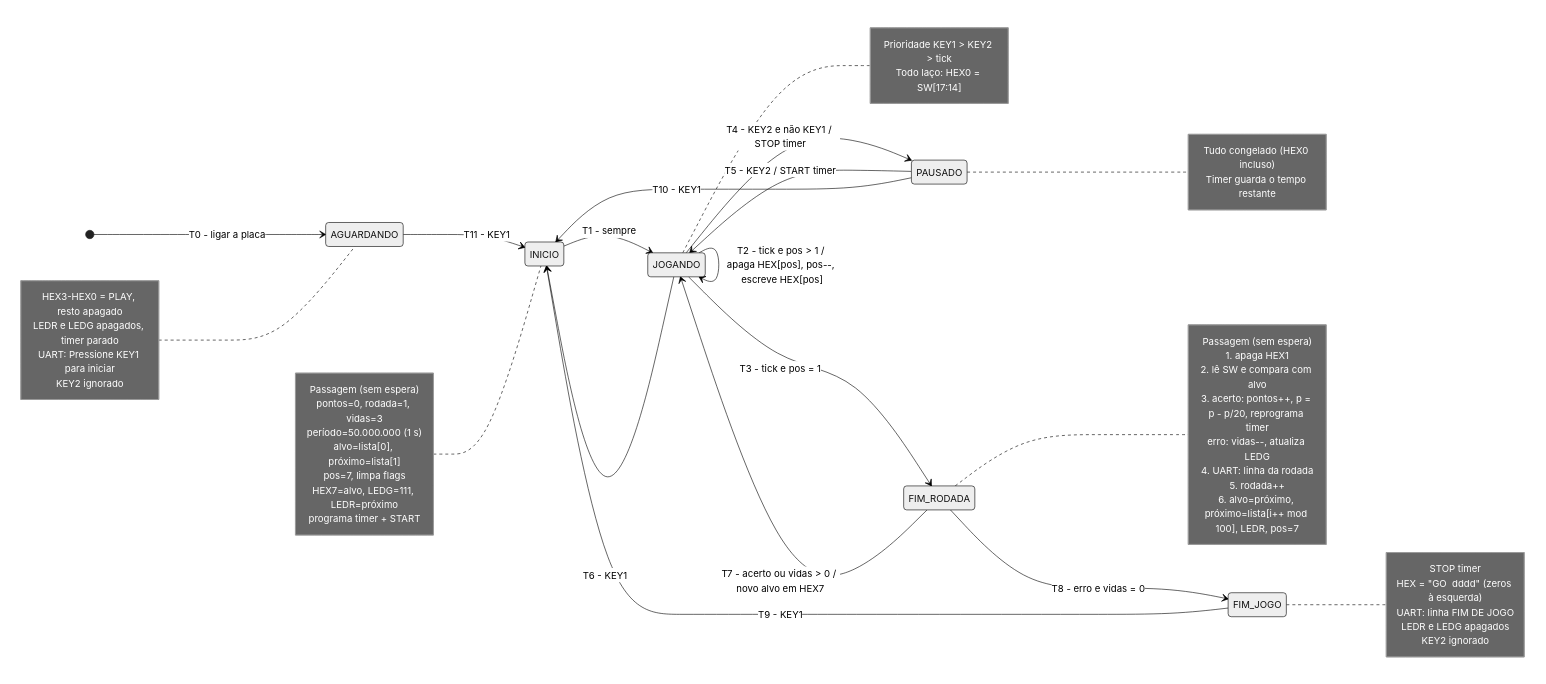
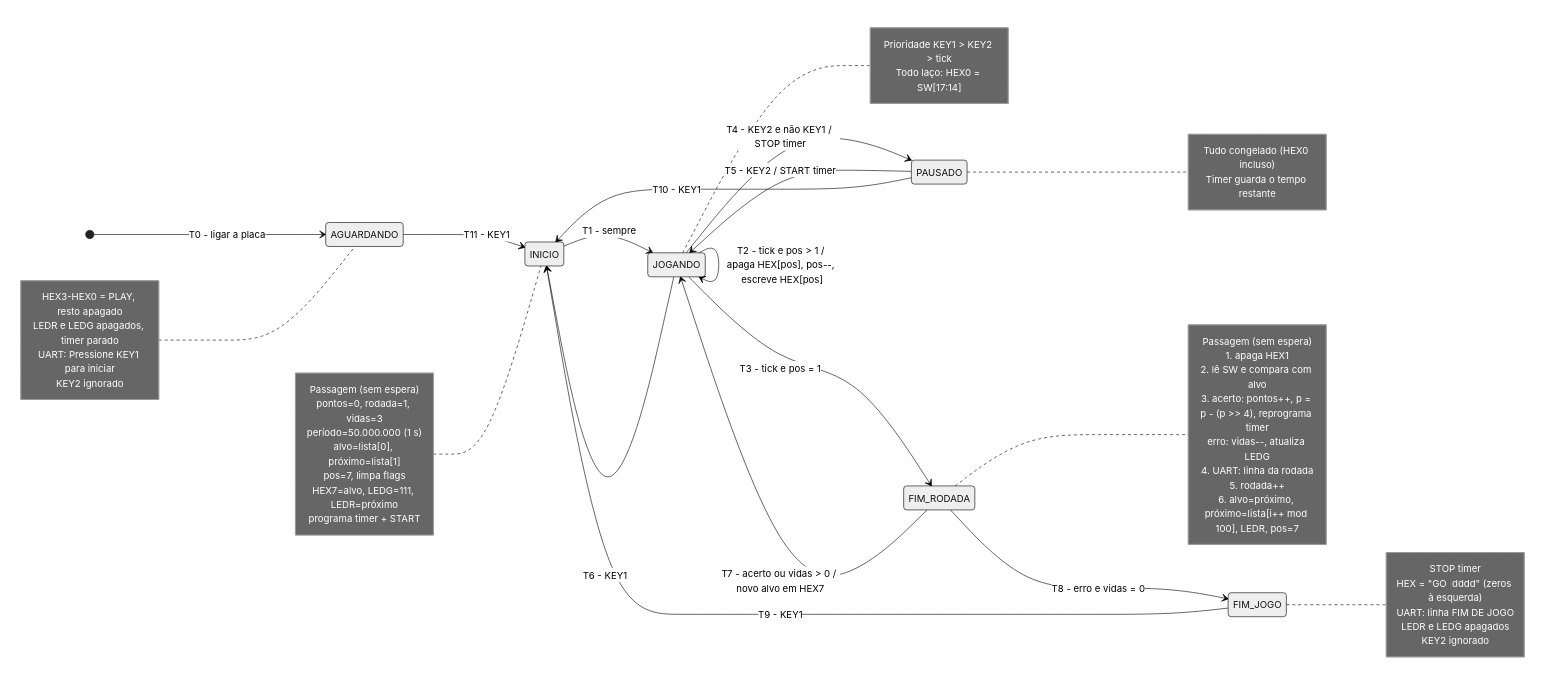
One commit to vitorpassagem-unesp/hex-rush changed the diagram in docs/especificacao.md. Above: the diagram before and after it, drawn with Mermaid (neutral theme). The commit also changed other lines of this file and 5 other files, not shown here.

````diff
--- a/docs/especificacao.md
+++ b/docs/especificacao.md
@@ -98,69 +100,69 @@
 ```mermaid
 stateDiagram-v2
     direction LR
 
     [*] --> AGUARDANDO : T0 - ligar a placa
 
     AGUARDANDO --> INICIO : T11 - KEY1
 
     INICIO --> JOGANDO : T1 - sempre
 
     JOGANDO --> JOGANDO : T2 - tick e pos > 1 / apaga HEX[pos], pos--, escreve HEX[pos]
     JOGANDO --> FIM_RODADA : T3 - tick e pos = 1
     JOGANDO --> PAUSADO : T4 - KEY2 e não KEY1 / STOP timer
     JOGANDO --> INICIO : T6 - KEY1
 
     PAUSADO --> JOGANDO : T5 - KEY2 / START timer
     PAUSADO --> INICIO : T10 - KEY1
 
     FIM_RODADA --> JOGANDO : T7 - acerto ou vidas > 0 / novo alvo em HEX7
     FIM_RODADA --> FIM_JOGO : T8 - erro e vidas = 0
 
     FIM_JOGO --> INICIO : T9 - KEY1
 
     note left of AGUARDANDO
         HEX3-HEX0 = PLAY, resto apagado
         LEDR e LEDG apagados, timer parado
         UART: Pressione KEY1 para iniciar
         KEY2 ignorado
     end note
 
     note left of INICIO
         Passagem (sem espera)
         pontos=0, rodada=1, vidas=3
         período=50.000.000 (1 s)
         alvo=lista[0], próximo=lista[1]
         pos=7, limpa flags
         HEX7=alvo, LEDG=111, LEDR=próximo
         programa timer + START
     end note
 
     note right of JOGANDO
         Prioridade KEY1 > KEY2 > tick
         Todo laço: HEX0 = SW[17:14]
     end note
 
     note right of PAUSADO
         Tudo congelado (HEX0 incluso)
         Timer guarda o tempo restante
     end note
 
     note right of FIM_RODADA
         Passagem (sem espera)
         1. apaga HEX1
         2. lê SW e compara com alvo
-        3. acerto: pontos++, p = p - p/20, reprograma timer
+        3. acerto: pontos++, p = p - (p >> 4), reprograma timer
            erro: vidas--, atualiza LEDG
         4. UART: linha da rodada
         5. rodada++
         6. alvo=próximo, próximo=lista[i++ mod 100], LEDR, pos=7
     end note
 
     note right of FIM_JOGO
         STOP timer
         HEX = "GO  dddd" (zeros à esquerda)
         UART: linha FIM DE JOGO
         LEDR e LEDG apagados
         KEY2 ignorado
     end note
 ```
````
